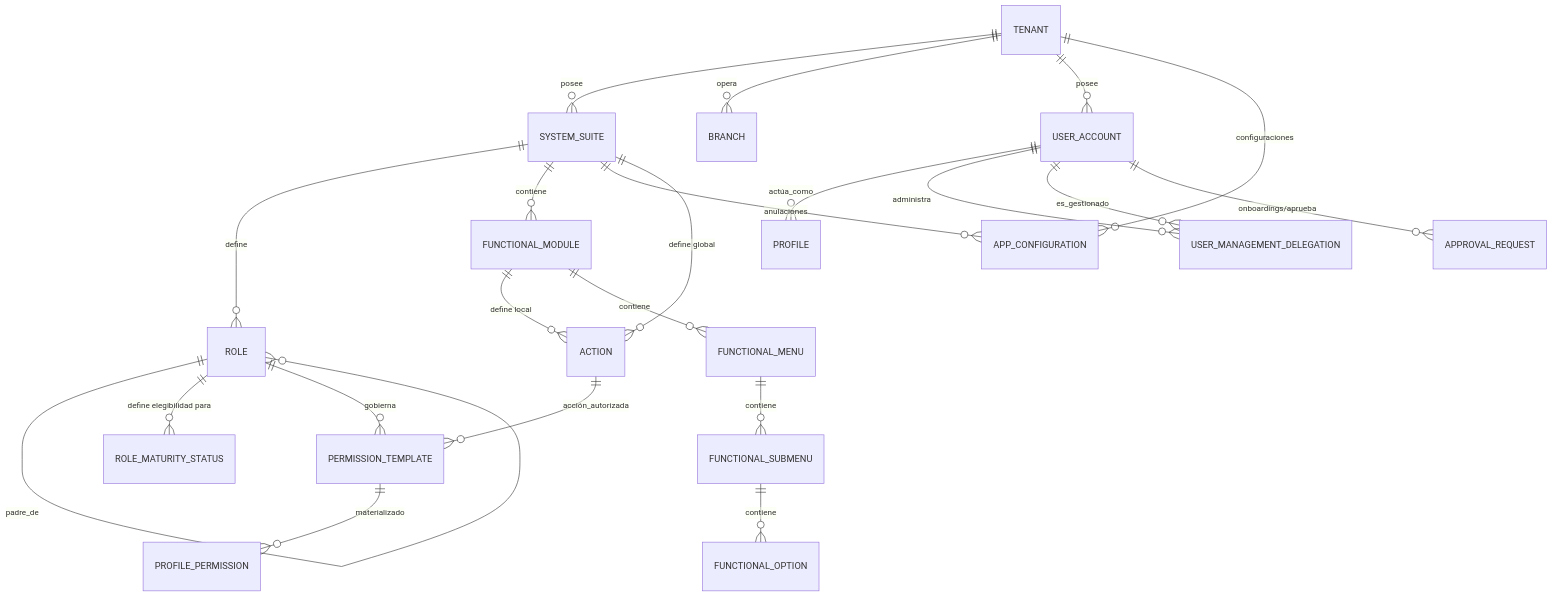
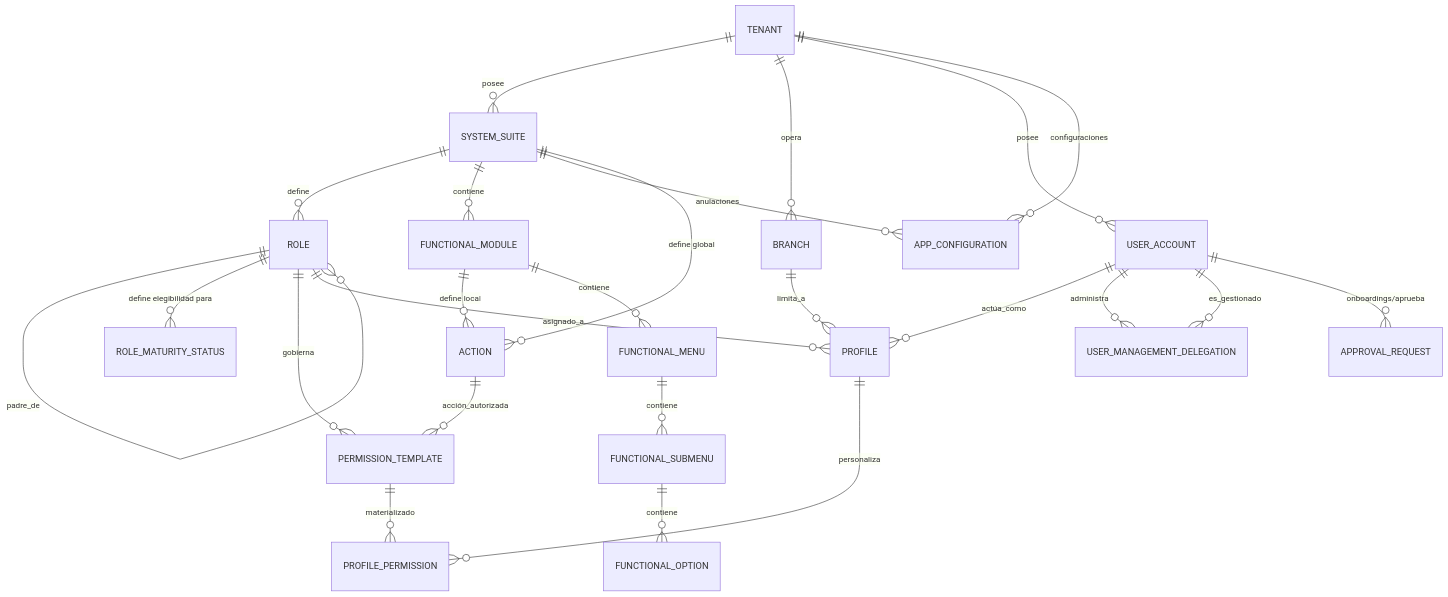
The first of 4 diagrams in docs/architecture/blueprints-es/database-design-er.md (beyondnetcode/ums), drawn with Mermaid before and after one commit. The commit also changed other lines of this file and 1 other file, not shown here.

Commit message:
docs: restore missing PROFILE relationships in English and Spanish E/R diagrams

````diff
--- a/docs/architecture/blueprints-es/database-design-er.md
+++ b/docs/architecture/blueprints-es/database-design-er.md
@@ -31,31 +31,34 @@
 ```mermaid
 erDiagram
     TENANT ||--o{ SYSTEM_SUITE : "posee"
     TENANT ||--o{ BRANCH : "opera"
     TENANT ||--o{ USER_ACCOUNT : "posee"
     SYSTEM_SUITE ||--o{ ROLE : "define"
     SYSTEM_SUITE ||--o{ FUNCTIONAL_MODULE : "contiene"
     
     ROLE ||--o{ ROLE : "padre_de"
     ROLE ||--o{ ROLE_MATURITY_STATUS : "define elegibilidad para"
     
     TENANT ||--o{ APP_CONFIGURATION : "configuraciones"
     SYSTEM_SUITE ||--o{ APP_CONFIGURATION : "anulaciones"
     
     ROLE ||--o{ PERMISSION_TEMPLATE : "gobierna"
     PERMISSION_TEMPLATE ||--o{ PROFILE_PERMISSION : "materializado"
     
     USER_ACCOUNT ||--o{ PROFILE : "actúa_como"
+    ROLE ||--o{ PROFILE : "asignado_a"
+    BRANCH ||--o{ PROFILE : "limita_a"
+    PROFILE ||--o{ PROFILE_PERMISSION : "personaliza"
     USER_ACCOUNT ||--o{ USER_MANAGEMENT_DELEGATION : "administra"
     USER_ACCOUNT ||--o{ USER_MANAGEMENT_DELEGATION : "es_gestionado"
     USER_ACCOUNT ||--o{ APPROVAL_REQUEST : "onboardings/aprueba"
     
     SYSTEM_SUITE ||--o{ ACTION : "define global"
     FUNCTIONAL_MODULE ||--o{ ACTION : "define local"
     
     FUNCTIONAL_MODULE ||--o{ FUNCTIONAL_MENU : "contiene"
     FUNCTIONAL_MENU ||--o{ FUNCTIONAL_SUBMENU : "contiene"
     FUNCTIONAL_SUBMENU ||--o{ FUNCTIONAL_OPTION : "contiene"
     
     ACTION ||--o{ PERMISSION_TEMPLATE : "acción_autorizada"
 ```
````
